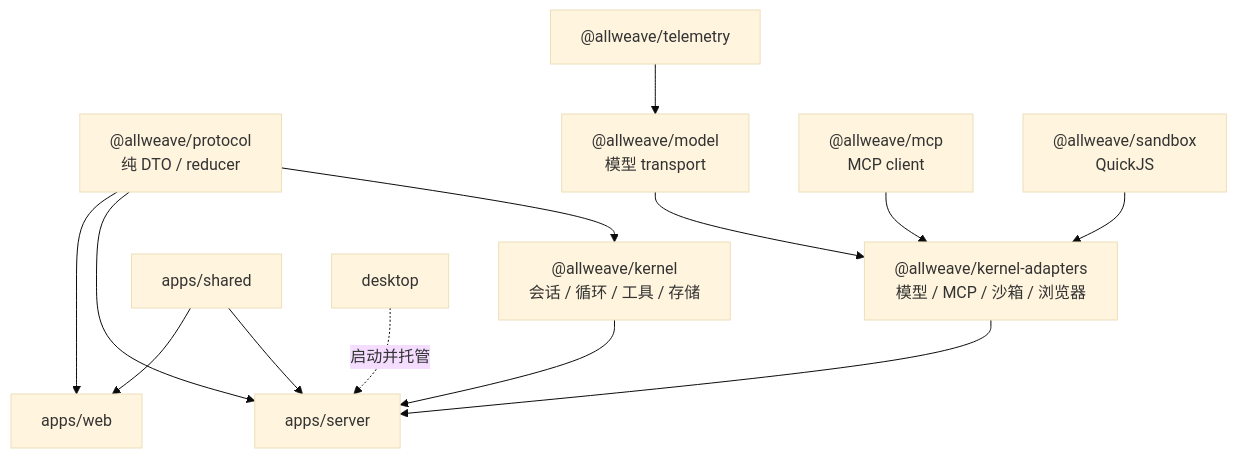
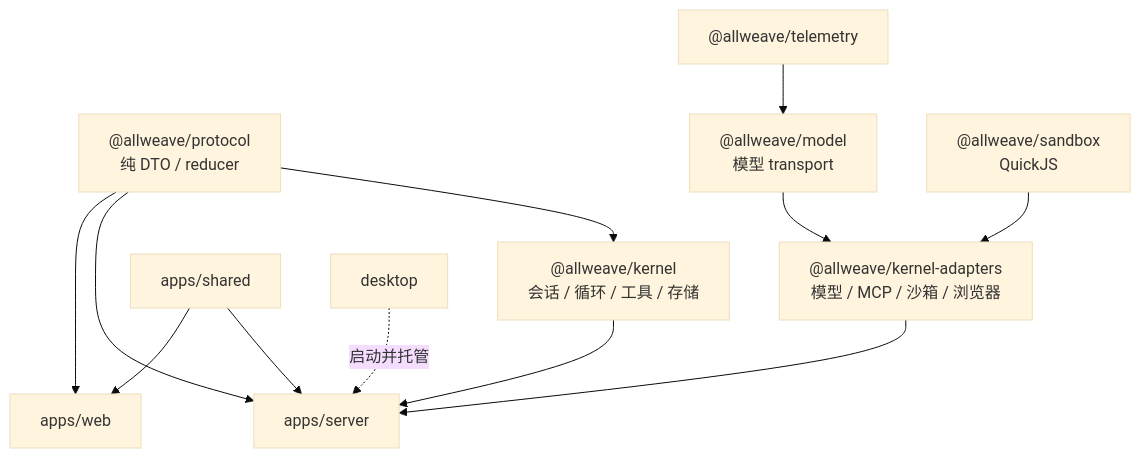
One commit to bigtinda/allweave-build changed the second of 4 diagrams in docs/ARCHITECTURE.md. Above: the diagram before and after it, drawn with Mermaid (base theme). The commit also changed other lines of this file and 47 other files, not shown here.

Commit message:
feat(kernel): replace custom MCP client with official SDK

````diff
--- a/docs/ARCHITECTURE.md
+++ b/docs/ARCHITECTURE.md
@@ -78,27 +77,25 @@
 ```mermaid
 flowchart TD
   Protocol["@allweave/protocol<br/>纯 DTO / reducer"]
   Kernel["@allweave/kernel<br/>会话 / 循环 / 工具 / 存储"]
   Adapters["@allweave/kernel-adapters<br/>模型 / MCP / 沙箱 / 浏览器"]
   Model["@allweave/model<br/>模型 transport"]
-  MCP["@allweave/mcp<br/>MCP client"]
   Sandbox["@allweave/sandbox<br/>QuickJS"]
   Telemetry["@allweave/telemetry"]
   Server["apps/server"]
   Web["apps/web"]
   Shared["apps/shared"]
   Desktop["desktop"]
 
   Protocol --> Kernel
   Telemetry --> Model
   Model --> Adapters
-  MCP --> Adapters
   Sandbox --> Adapters
   Kernel --> Server
   Adapters --> Server
   Protocol --> Server
   Shared --> Server
   Protocol --> Web
   Shared --> Web
   Desktop -.->|"启动并托管"| Server
 ```
````
